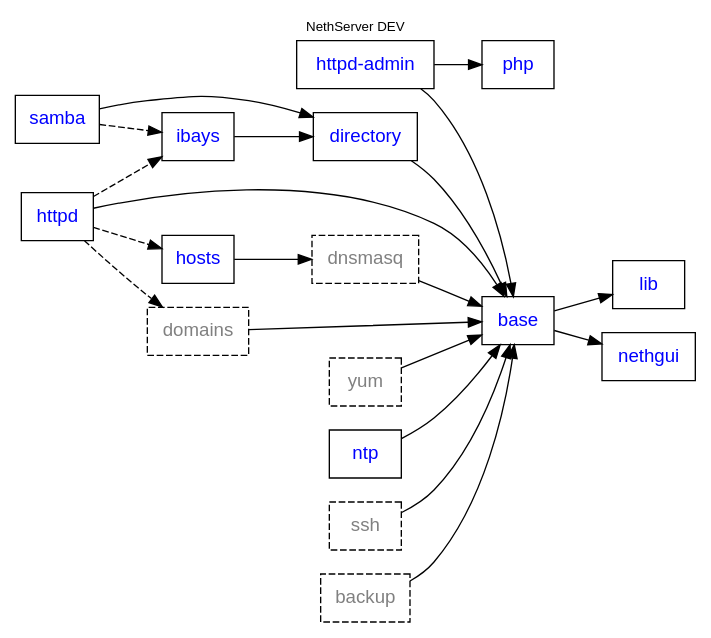
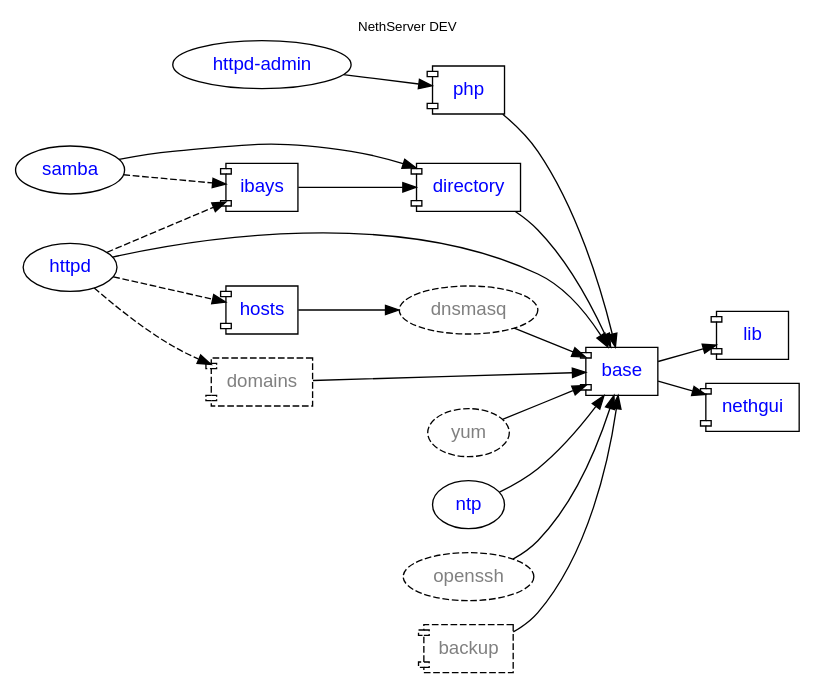
One commit to nethesis/dev-nethesis-it changed the diagram in nethserver/package-dependencies.dot. Above: the diagram before and after it, drawn with Graphviz.

Commit message:
Added component shapes

```diff
--- a/nethserver/package-dependencies.dot
+++ b/nethserver/package-dependencies.dot
@@ -1,43 +1,42 @@
 digraph DEV {
     rankdir = "LR"; compound = true; concentrate = true; fontname = "Helvetica"; fontnames="svg"; fontsize=10.0; label="NethServer DEV"; labelloc = "t"
-    node [shape=rect,fontname="Helvetica"];
+    node [shape="oval",fontname="Helvetica"];
     httpd_admin [fontcolor=blue,label="httpd-admin",URL="http://dev.nethesis.it/projects/nethserver-httpd-admin"];
-    base [fontcolor=blue,URL="http://dev.nethesis.it/projects/nethserver-base"];
-    directory [fontcolor=blue,URL="http://dev.nethesis.it/projects/nethserver-directory"];    
+    base [fontcolor=blue,URL="http://dev.nethesis.it/projects/nethserver-base",shape="component"];
+    directory [fontcolor=blue,URL="http://dev.nethesis.it/projects/nethserver-directory",shape="component"];    
     samba [fontcolor=blue,URL="http://dev.nethesis.it/projects/nethserver-samba"];    
-    ibays [fontcolor=blue,URL="http://dev.nethesis.it/projects/nethserver-ibays"];    
-    lib [fontcolor=blue,URL="http://dev.nethesis.it/projects/nethserver-lib"];    
+    ibays [fontcolor=blue,URL="http://dev.nethesis.it/projects/nethserver-ibays",shape="component"];    
+    lib [fontcolor=blue,URL="http://dev.nethesis.it/projects/nethserver-lib",shape="component"];    
     httpd [fontcolor=blue,URL="http://dev.nethesis.it/projects/nethserver-httpd"];    
-    hosts [fontcolor=blue,URL="http://dev.nethesis.it/projects/nethserver-hosts"];
-    php [fontcolor=blue,URL="http://dev.nethesis.it/projects/nethserver-php"];
-    domains [style="dashed",fontcolor=gray,URL="http://dev.nethesis.it/projects/nethserver-domains"];
+    hosts [fontcolor=blue,URL="http://dev.nethesis.it/projects/nethserver-hosts",shape="component"];
+    php [fontcolor=blue,URL="http://dev.nethesis.it/projects/nethserver-php",shape="component"];
+    domains [style="dashed",fontcolor=gray,URL="http://dev.nethesis.it/projects/nethserver-domains",shape="component"];
     yum [fontcolor=gray,URL="http://dev.nethesis.it/projects/nethserver-yum",style="dashed"];
     ntp [fontcolor=blue,URL="http://dev.nethesis.it/projects/nethserver-ntp"];
     dnsmasq [fontcolor=gray,URL="http://dev.nethesis.it/projects/nethserver-dnsmasq",style="dashed"];
-    nethgui [fontcolor=blue,URL="http://dev.nethesis.it/projects/nethgui"];    
-    ssh [style="dashed",fontcolor=gray];
-    backup [style="dashed",fontcolor=gray];
+    nethgui [fontcolor=blue,URL="http://dev.nethesis.it/projects/nethgui",shape="component"];    
+    openssh [style="dashed",fontcolor=gray];
+    backup [style="dashed",fontcolor=gray,shape="component"];
    
             
     base -> lib
     base -> nethgui
-    ssh -> base
+    openssh -> base
     directory -> base
     samba -> directory
     ibays -> directory
     httpd -> base
     hosts -> dnsmasq
     dnsmasq -> base
     httpd_admin -> php
-    httpd_admin -> base
     backup -> base
     samba -> ibays [style=dashed];
     httpd -> ibays [style=dashed]; 
     httpd -> hosts [style=dashed];
     httpd -> domains [style=dashed];
     domains -> base
     yum -> base
     ntp -> base
-
+    php -> base
         
 }
```
